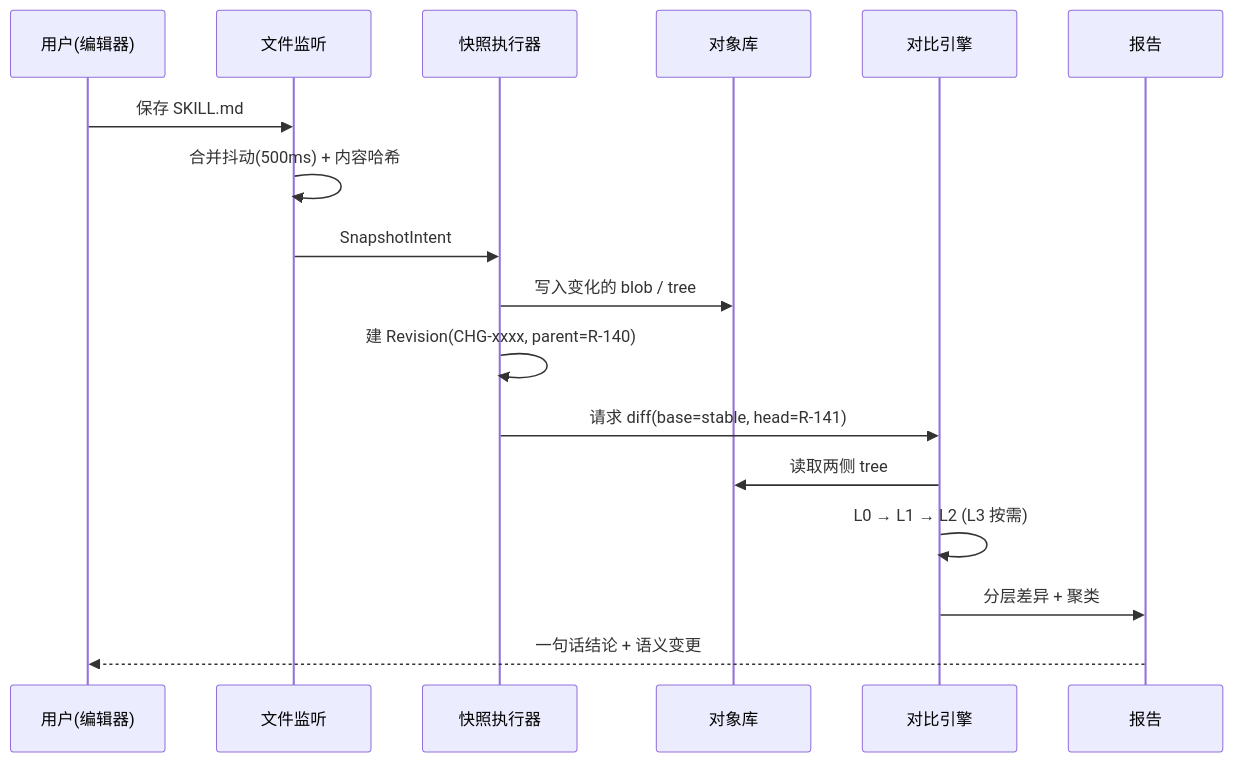
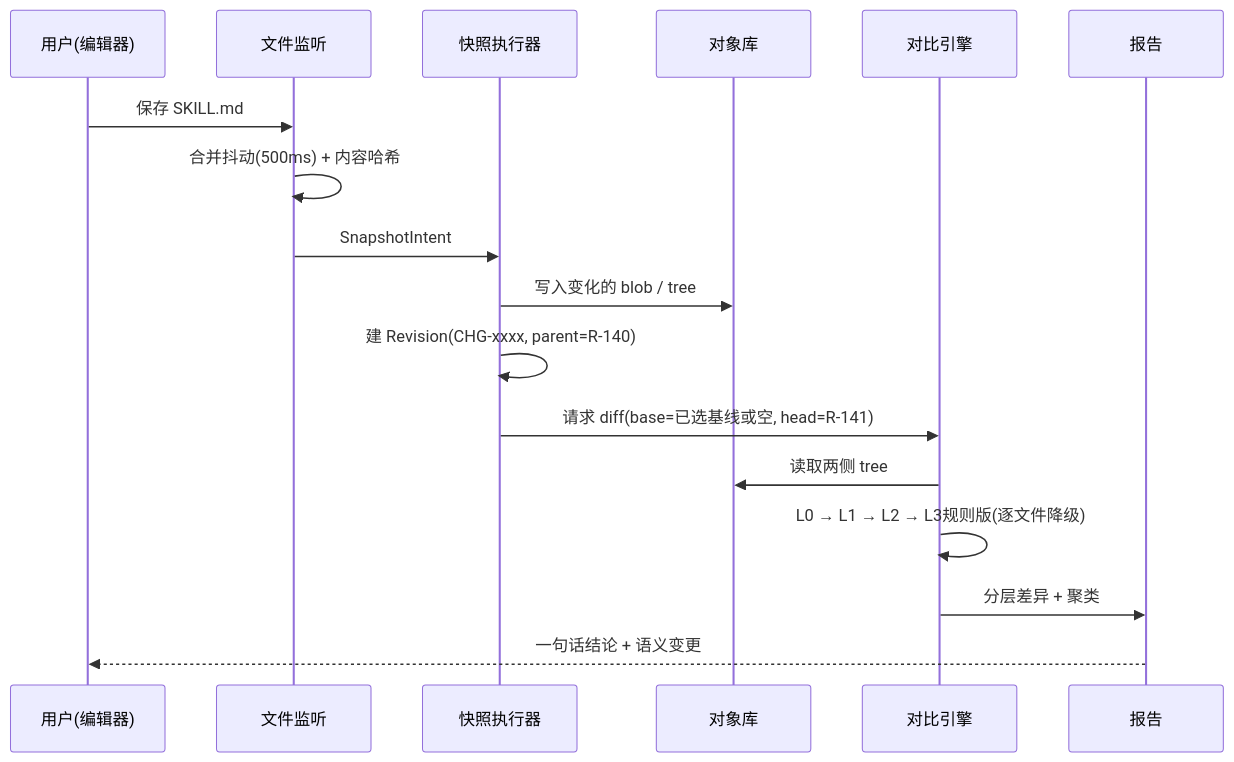
Before and after one commit to liushuai-man/SkillForge: the fourth of 5 diagrams in docs/SkillForge 版本管理器设计文档.md, drawn with Mermaid. The commit also changed other lines of this file and 17 other files, not shown here.

````diff
--- a/docs/SkillForge 版本管理器设计文档.md
+++ b/docs/SkillForge 版本管理器设计文档.md
@@ -563,20 +581,20 @@
 ```mermaid
 sequenceDiagram
   participant U as 用户(编辑器)
   participant W as 文件监听
   participant S as 快照执行器
   participant O as 对象库
   participant D as 对比引擎
   participant R as 报告
 
   U->>W: 保存 SKILL.md
   W->>W: 合并抖动(500ms) + 内容哈希
   W->>S: SnapshotIntent
   S->>O: 写入变化的 blob / tree
   S->>S: 建 Revision(CHG-xxxx, parent=R-140)
-  S->>D: 请求 diff(base=stable, head=R-141)
+  S->>D: 请求 diff(base=已选基线或空, head=R-141)
   D->>O: 读取两侧 tree
-  D->>D: L0 → L1 → L2 (L3 按需)
+  D->>D: L0 → L1 → L2 → L3规则版(逐文件降级)
   D->>R: 分层差异 + 聚类
   R-->>U: 一句话结论 + 语义变更
 ```
````
